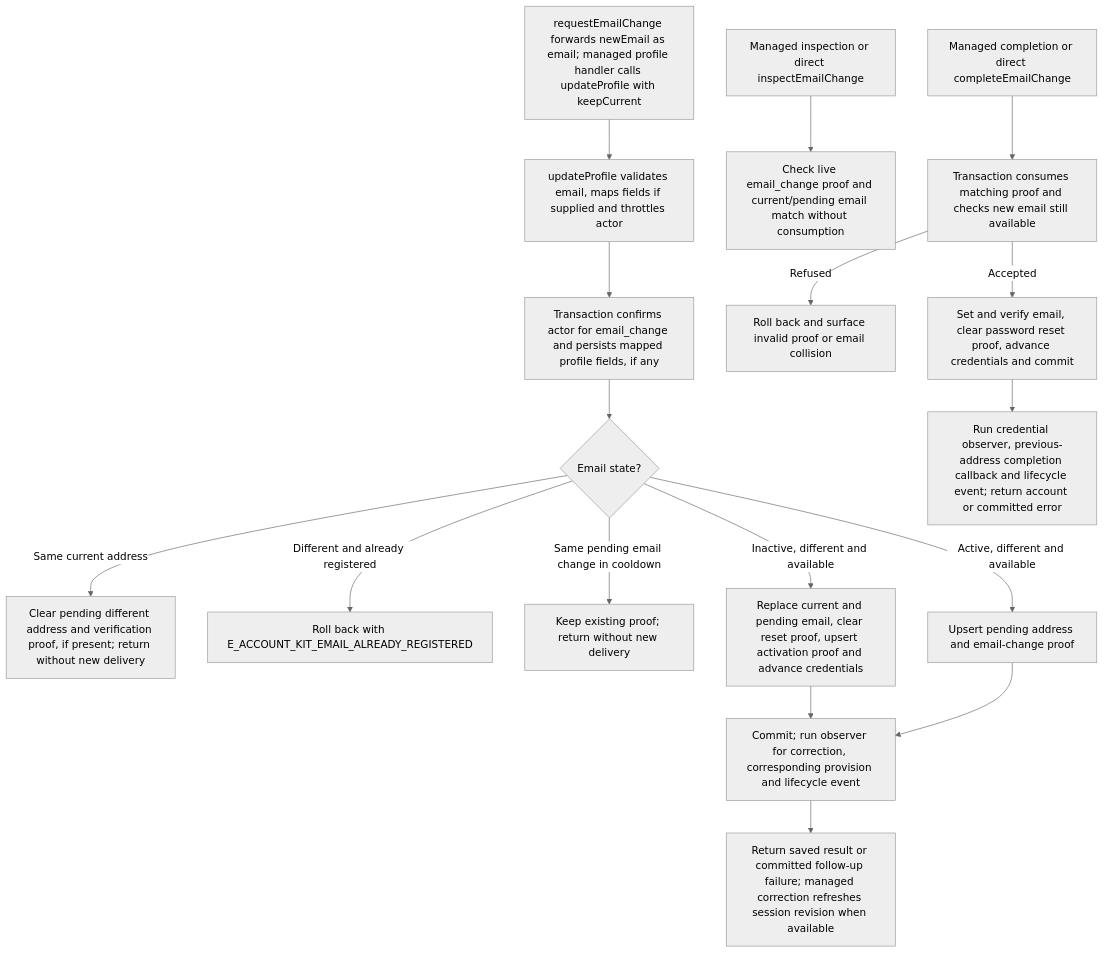
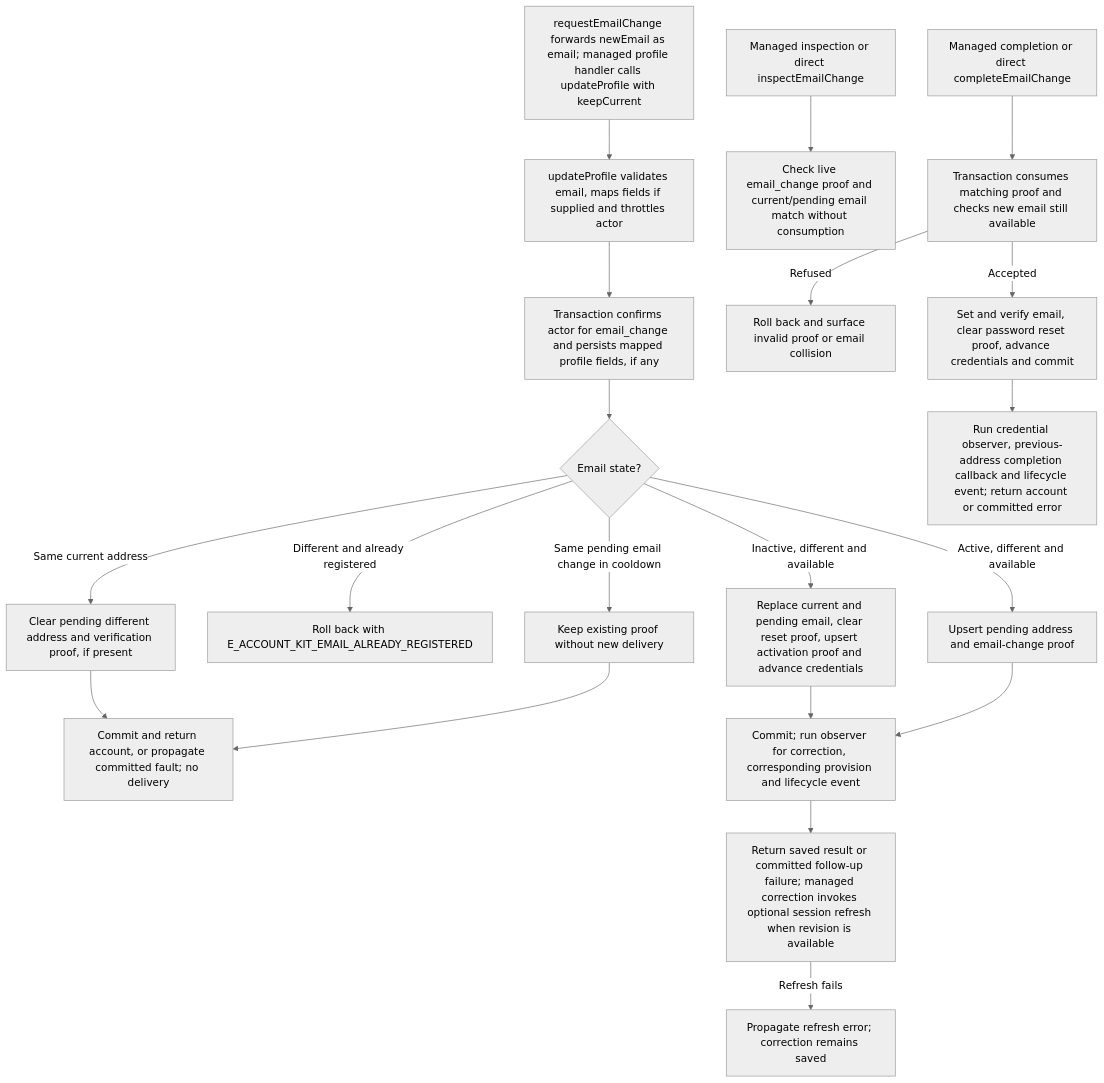
Before and after one commit to Kevinjohn/oss-adonisjs-account-kit: the second of 2 diagrams in user-stories/US-ACCOUNT-06-change-email.md, drawn with Mermaid (neutral theme). The commit also changed other lines of this file and 42 other files, not shown here.

Commit message:
Refresh account user story catalogue

````diff
--- a/user-stories/US-ACCOUNT-06-change-email.md
+++ b/user-stories/US-ACCOUNT-06-change-email.md
@@ -43,19 +43,22 @@
 ```mermaid
 flowchart TD
   A["requestEmailChange forwards newEmail as email; managed profile handler calls updateProfile with keepCurrent"] --> B["updateProfile validates email, maps fields if supplied and throttles actor"]
   B --> C["Transaction confirms actor for email_change and persists mapped profile fields, if any"]
   C --> I{"Email state?"}
-  I -->|Same current address| J["Clear pending different address and verification proof, if present; return without new delivery"]
+  I -->|Same current address| J["Clear pending different address and verification proof, if present"]
   I -->|Different and already registered| X["Roll back with E_ACCOUNT_KIT_EMAIL_ALREADY_REGISTERED"]
-  I -->|Same pending email change in cooldown| K["Keep existing proof; return without new delivery"]
+  I -->|Same pending email change in cooldown| K["Keep existing proof without new delivery"]
+  J --> J0["Commit and return account, or propagate committed fault; no delivery"]
+  K --> J0
   I -->|Inactive, different and available| L["Replace current and pending email, clear reset proof, upsert activation proof and advance credentials"]
   I -->|Active, different and available| M["Upsert pending address and email-change proof"]
   L --> D["Commit; run observer for correction, corresponding provision and lifecycle event"]
   M --> D
-  D --> Z["Return saved result or committed follow-up failure; managed correction refreshes session revision when available"]
+  D --> Z["Return saved result or committed follow-up failure; managed correction invokes optional session refresh when revision is available"]
+  Z -->|Refresh fails| R["Propagate refresh error; correction remains saved"]
   Q["Managed inspection or direct inspectEmailChange"] --> T["Check live email_change proof and current/pending email match without consumption"]
   E["Managed completion or direct completeEmailChange"] --> F["Transaction consumes matching proof and checks new email still available"]
   F -->|Refused| X2["Roll back and surface invalid proof or email collision"]
   F -->|Accepted| G["Set and verify email, clear password reset proof, advance credentials and commit"]
   G --> O["Run credential observer, previous-address completion callback and lifecycle event; return account or committed error"]
 ```
````
